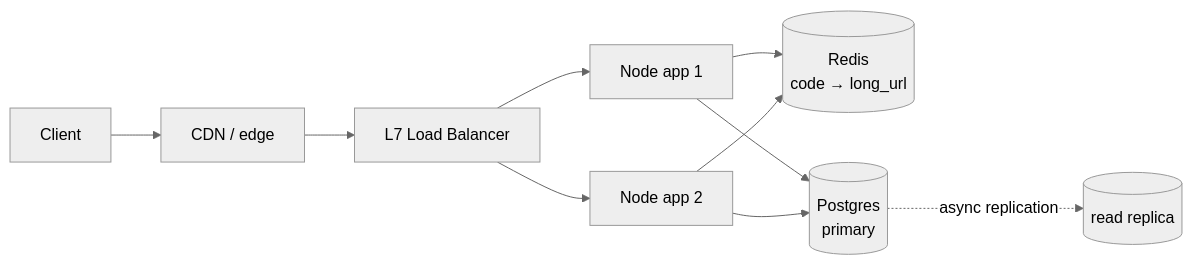
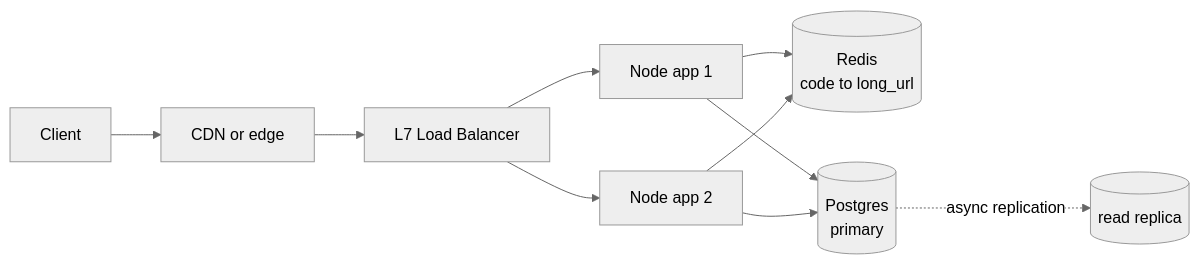
One commit to starjustice/research-material changed the first of 3 diagrams in notes/advanced-interview/system-design-step-by-step-walkthrough.md. Above: the diagram before and after it, drawn with Mermaid (neutral theme). The commit also changed other lines of this file and 7 other files, not shown here.

First line of the commit message:
Fix links and docs after moving advanced notes; rewrite Mermaid diagrams

````diff
--- a/notes/advanced-interview/system-design-step-by-step-walkthrough.md
+++ b/notes/advanced-interview/system-design-step-by-step-walkthrough.md
@@ -180,12 +180,12 @@
 ```mermaid
-flowchart LR
-    U[Client] --> CDN[CDN / edge]
-    CDN --> LB[L7 Load Balancer]
-    LB --> A1[Node app 1]
-    LB --> A2[Node app 2]
-    A1 --> R[("Redis<br/>code → long_url")]
+graph LR
+    U["Client"] --> CDN["CDN or edge"]
+    CDN --> LB["L7 Load Balancer"]
+    LB --> A1["Node app 1"]
+    LB --> A2["Node app 2"]
+    A1 --> R[("Redis<br/>code to long_url")]
     A2 --> R
     A1 --> PG[("Postgres<br/>primary")]
     A2 --> PG
-    PG -. async replication .-> RR[("read replica")]
+    PG -.->|async replication| RR[("read replica")]
 ```
````
